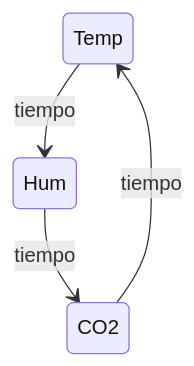
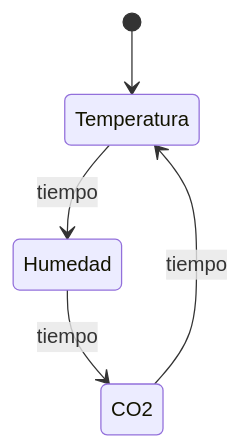
One commit to monsterRrat/SCTR_EstacionMeteorologica changed the diagram in README.md. Above: the diagram before and after it, drawn with Mermaid. The commit also changed other lines of this file, not shown here.

````diff
--- a/README.md
+++ b/README.md
@@ -13,7 +18,8 @@
 ```mermaid
 stateDiagram-v2
     direction TB
-    Temp --> Hum : tiempo
-    Hum --> CO2 : tiempo
-    CO2 --> Temp : tiempo
+    [*] --> Temperatura
+    Temperatura --> Humedad : tiempo
+    Humedad --> CO2 : tiempo
+    CO2 --> Temperatura : tiempo
 ```
````
